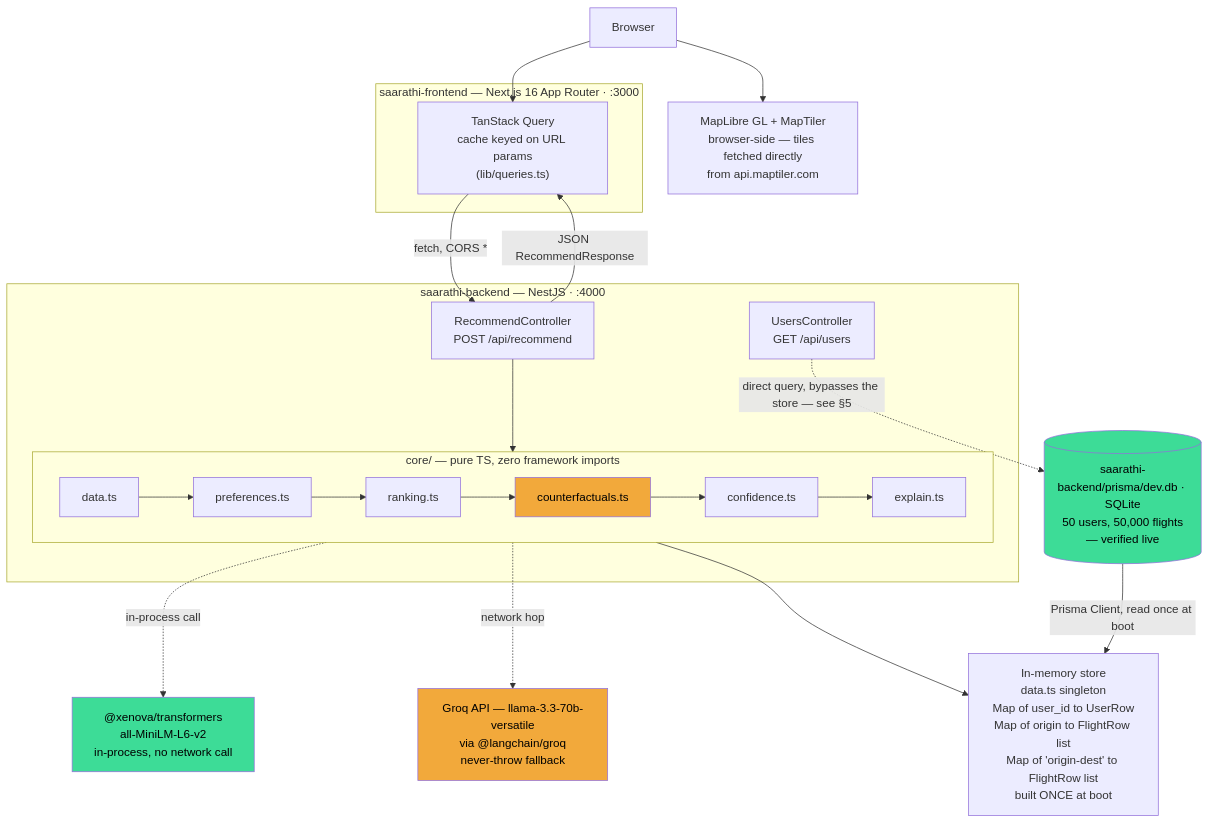
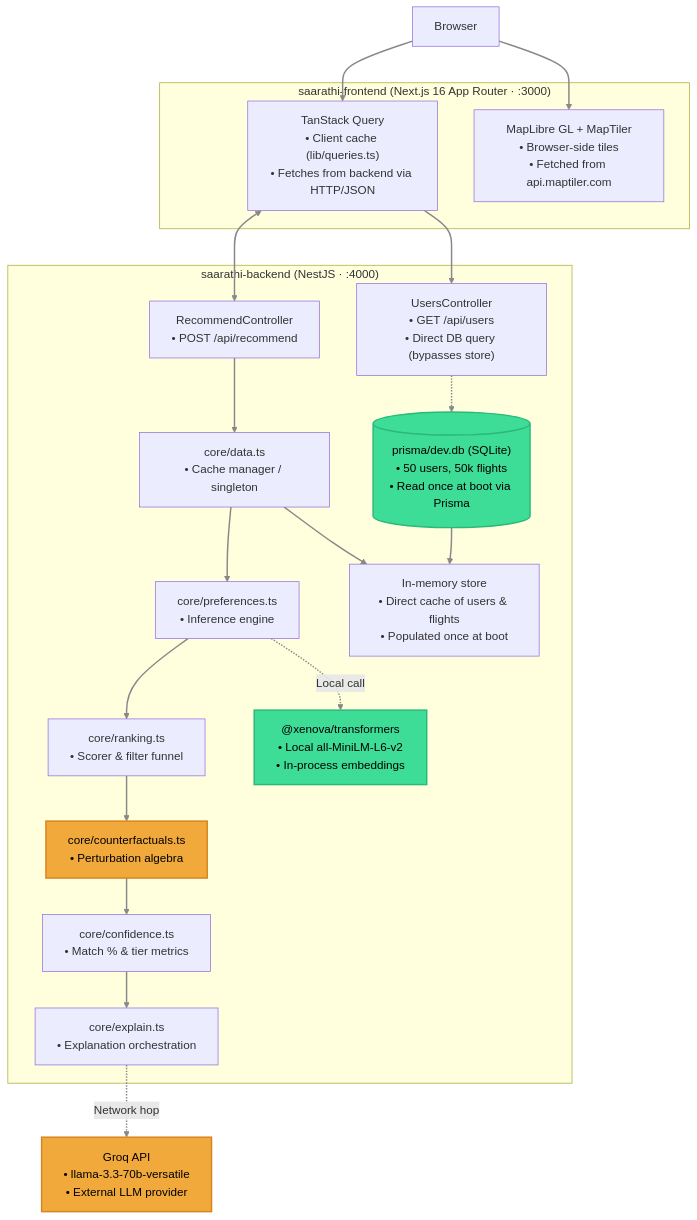
Before and after one commit to kirmada1509/saarathi-docs: the diagram in docs/HANDOFF.md, drawn with Mermaid.

Commit message:
docs: fix mermaid diagram rendering in dark theme

````diff
--- a/docs/HANDOFF.md
+++ b/docs/HANDOFF.md
@@ -9,43 +9,57 @@
 ```mermaid
 flowchart TB
     Browser["Browser"]
 
-    subgraph FE["saarathi-frontend — Next.js 16 App Router · :3000"]
-        TQ["TanStack Query<br/>cache keyed on URL params<br/>(lib/queries.ts)"]
-    end
-    Browser --> TQ
-
-    subgraph BE["saarathi-backend — NestJS · :4000"]
-        RC["RecommendController<br/>POST /api/recommend"]
-        UC["UsersController<br/>GET /api/users"]
-        subgraph CORE["core/ — pure TS, zero framework imports"]
-            direction LR
-            DATA["data.ts"] --> PREF["preferences.ts"] --> RANK["ranking.ts"] --> CF["counterfactuals.ts"] --> CONF["confidence.ts"] --> EXP["explain.ts"]
-        end
-        RC --> CORE
+    subgraph FE["saarathi-frontend (Next.js 16 App Router · :3000)"]
+        TQ["TanStack Query<br/>• Client cache (lib/queries.ts)<br/>• Fetches from backend via HTTP/JSON"]
+        MAP["MapLibre GL + MapTiler<br/>• Browser-side tiles<br/>• Fetched from api.maptiler.com"]
     end
 
-    TQ -- "fetch, CORS *" --> RC
-    RC -- "JSON RecommendResponse" --> TQ
-    UC -. "direct query, bypasses the store — see §5" .-> DB
+    subgraph BE["saarathi-backend (NestJS · :4000)"]
+        RC["RecommendController<br/>• POST /api/recommend"]
+        UC["UsersController<br/>• GET /api/users<br/>• Direct DB query (bypasses store)"]
+        
+        %% Core modules
+        DATA["core/data.ts<br/>• Cache manager / singleton"]
+        PREF["core/preferences.ts<br/>• Inference engine"]
+        RANK["core/ranking.ts<br/>• Scorer & filter funnel"]
+        CF["core/counterfactuals.ts<br/>• Perturbation algebra"]
+        CONF["core/confidence.ts<br/>• Match % & tier metrics"]
+        EXP["core/explain.ts<br/>• Explanation orchestration"]
+        
+        STORE["In-memory store<br/>• Direct cache of users & flights<br/>• Populated once at boot"]
+        DB[("prisma/dev.db (SQLite)<br/>• 50 users, 50k flights<br/>• Read once at boot via Prisma")]
+        EMB["@xenova/transformers<br/>• Local all-MiniLM-L6-v2<br/>• In-process embeddings"]
+    end
 
-    MAP["MapLibre GL + MapTiler<br/>browser-side — tiles fetched directly<br/>from api.maptiler.com"]
+    GROQ["Groq API<br/>• llama-3.3-70b-versatile<br/>• External LLM provider"]
+
+    %% Connections
+    Browser --> TQ
     Browser --> MAP
 
-    EMB["@xenova/transformers<br/>all-MiniLM-L6-v2<br/>in-process, no network call"]
-    PREF -. "in-process call" .-> EMB
+    TQ <--> RC
+    TQ --> UC
+    UC -.-> DB
 
-    GROQ["Groq API — llama-3.3-70b-versatile<br/>via @langchain/groq<br/>never-throw fallback"]
-    EXP -. "network hop" .-> GROQ
+    RC --> DATA
+    DATA --> PREF
+    PREF --> RANK
+    RANK --> CF
+    CF --> CONF
+    CONF --> EXP
 
-    STORE["In-memory store<br/>data.ts singleton<br/>Map of user_id to UserRow<br/>Map of origin to FlightRow list<br/>Map of 'origin-dest' to FlightRow list<br/>built ONCE at boot"]
     DATA --> STORE
+    DB --> STORE
+    PREF -. "Local call" .-> EMB
+    EXP -. "Network hop" .-> GROQ
 
-    DB[("saarathi-backend/prisma/dev.db · SQLite<br/>50 users, 50,000 flights<br/>— verified live")]
-    DB -- "Prisma Client, read once at boot" --> STORE
-
-    style CF fill:#F2A93B,color:#000
-    style GROQ fill:#F2A93B,color:#000
-    style EMB fill:#3DDC97,color:#000
-    style DB fill:#3DDC97,color:#000
+    %% Style defaults for light/dark theme visibility
+    linkStyle default stroke:#888,stroke-width:2px;
+    
+    %% Specific node styles with high contrast
+    style CF fill:#F2A93B,stroke:#d78520,stroke-width:2px,color:#000
+    style GROQ fill:#F2A93B,stroke:#d78520,stroke-width:2px,color:#000
+    style EMB fill:#3DDC97,stroke:#2bb87a,stroke-width:2px,color:#000
+    style DB fill:#3DDC97,stroke:#2bb87a,stroke-width:2px,color:#000
 ```
````
